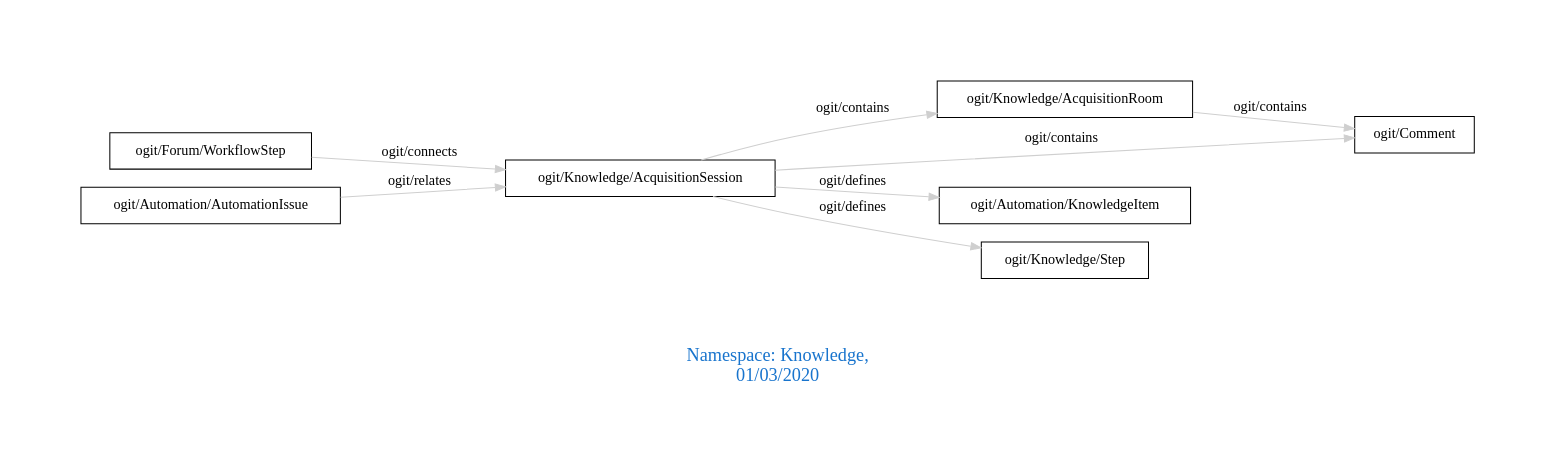
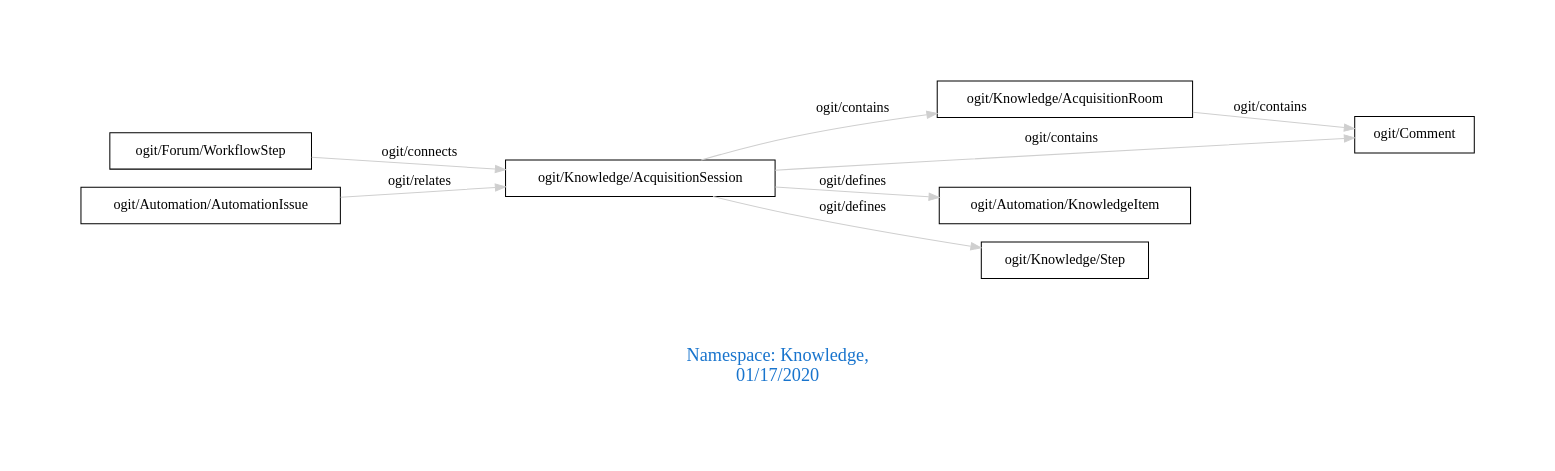
Before and after one commit to arago/OGIT: the diagram in downloads/Knowledge.dot, drawn with Graphviz. The commit also changed 1723 other files, not shown here.

```diff
--- a/downloads/Knowledge.dot
+++ b/downloads/Knowledge.dot
@@ -1,15 +1,15 @@
 digraph OGIT_ontology {
  graph [ rankdir= LR,pad=1 
 fontsize = 18,
-fontcolor= dodgerblue3,label = "\n\n\nNamespace: Knowledge, \n 01/03/2020"];
+fontcolor= dodgerblue3,label = "\n\n\nNamespace: Knowledge, \n 01/17/2020"];
 node[shape=polygon];
 edge [  color="gray81"];
 
    "ogit/Knowledge/AcquisitionRoom" -> "ogit/Comment" [label="   ogit/contains    "];
    "ogit/Knowledge/AcquisitionSession" -> "ogit/Comment" [label="   ogit/contains    "];
    "ogit/Knowledge/AcquisitionSession" -> "ogit/Knowledge/AcquisitionRoom" [label="   ogit/contains    "];
    "ogit/Knowledge/AcquisitionSession" -> "ogit/Automation/KnowledgeItem" [label="   ogit/defines    "];
    "ogit/Knowledge/AcquisitionSession" -> "ogit/Knowledge/Step" [label="   ogit/defines    "];
    "ogit/Forum/WorkflowStep" -> "ogit/Knowledge/AcquisitionSession" [label="   ogit/connects    "];
    "ogit/Automation/AutomationIssue" -> "ogit/Knowledge/AcquisitionSession" [label="   ogit/relates    "];
 }
```
